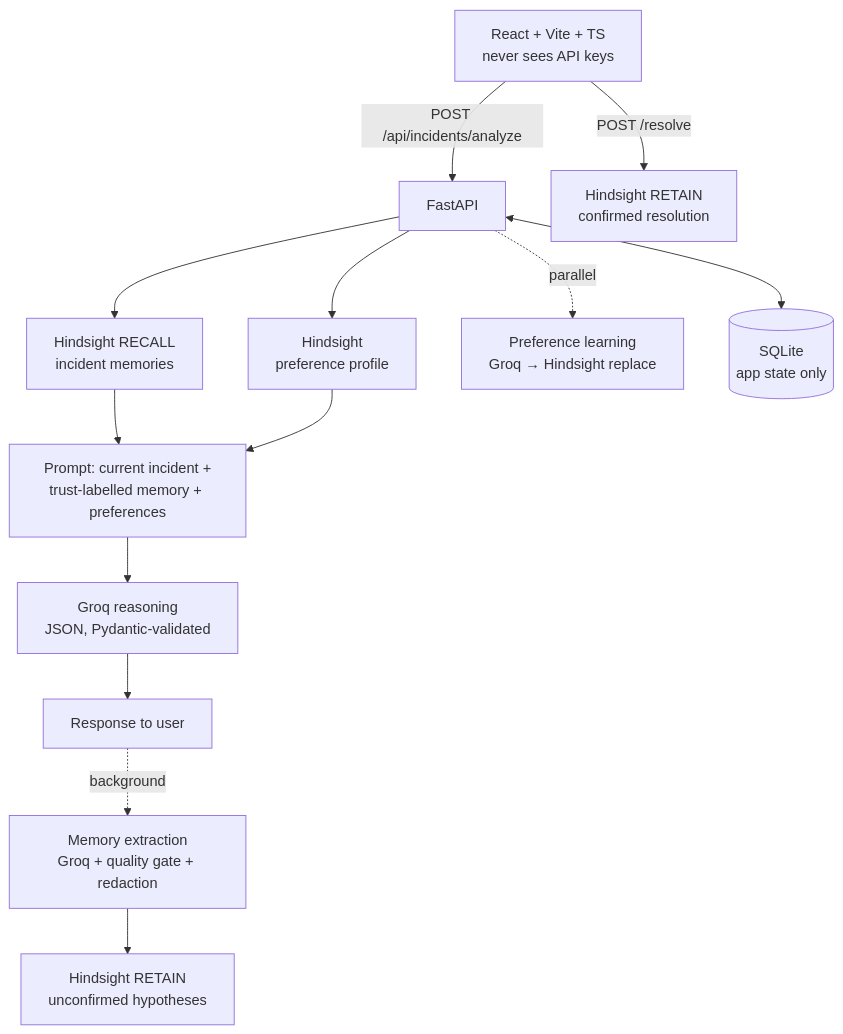
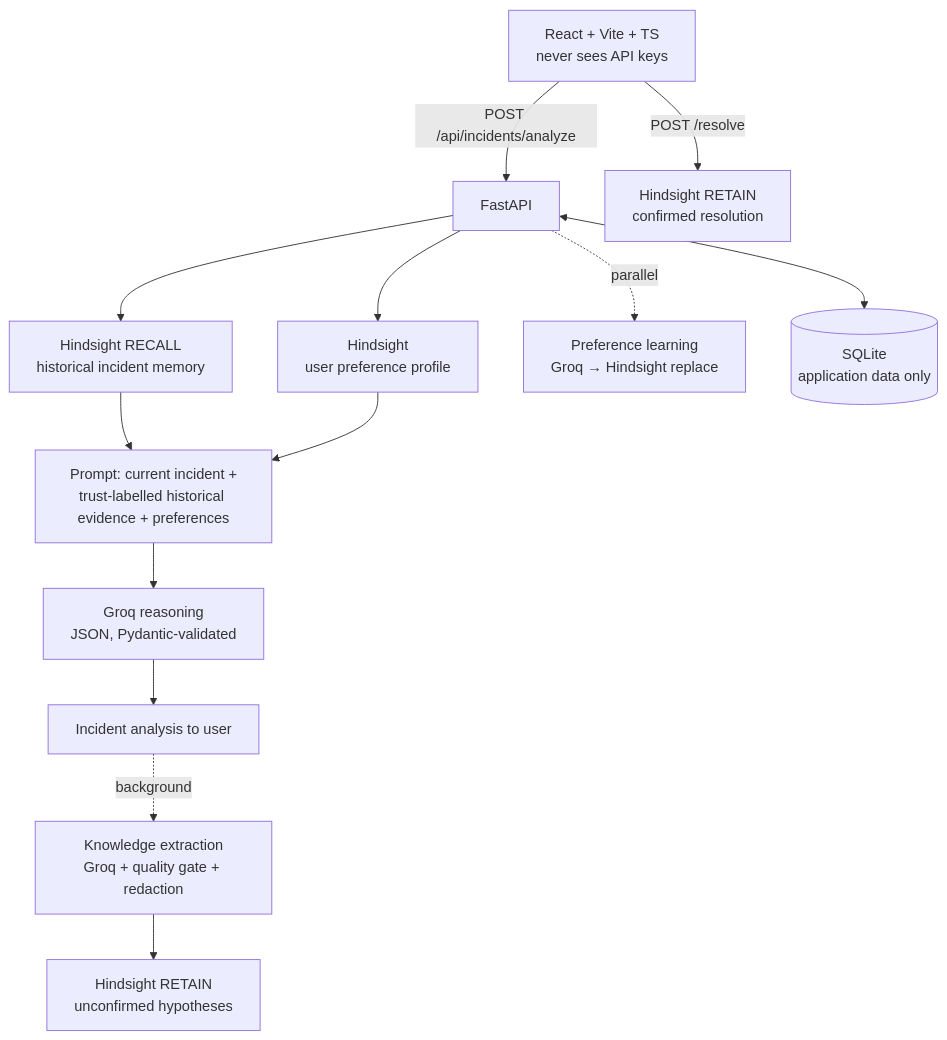
The diagram in README.md (rcbreddy/agent_with_memory), drawn with Mermaid before and after one commit. The commit also changed other lines of this file and 20 other files, not shown here.

````diff
--- a/README.md
+++ b/README.md
@@ -32,15 +77,15 @@
 ```mermaid
 flowchart TD
     UI[React + Vite + TS<br/>never sees API keys] -->|POST /api/incidents/analyze| API[FastAPI]
-    API --> R1[Hindsight RECALL<br/>incident memories]
-    API --> R2[Hindsight<br/>preference profile]
-    R1 --> P[Prompt: current incident +<br/>trust-labelled memory + preferences]
+    API --> R1[Hindsight RECALL<br/>historical incident memory]
+    API --> R2[Hindsight<br/>user preference profile]
+    R1 --> P[Prompt: current incident +<br/>trust-labelled historical evidence + preferences]
     R2 --> P
     P --> G[Groq reasoning<br/>JSON, Pydantic-validated]
     API -. parallel .-> PL[Preference learning<br/>Groq → Hindsight replace]
-    G --> RESP[Response to user]
-    RESP -. background .-> X[Memory extraction<br/>Groq + quality gate + redaction]
+    G --> RESP[Incident analysis to user]
+    RESP -. background .-> X[Knowledge extraction<br/>Groq + quality gate + redaction]
     X --> RT[Hindsight RETAIN<br/>unconfirmed hypotheses]
     UI -->|POST /resolve| C[Hindsight RETAIN<br/>confirmed resolution]
-    API <--> DB[(SQLite<br/>app state only)]
+    API <--> DB[(SQLite<br/>application data only)]
 ```
````
